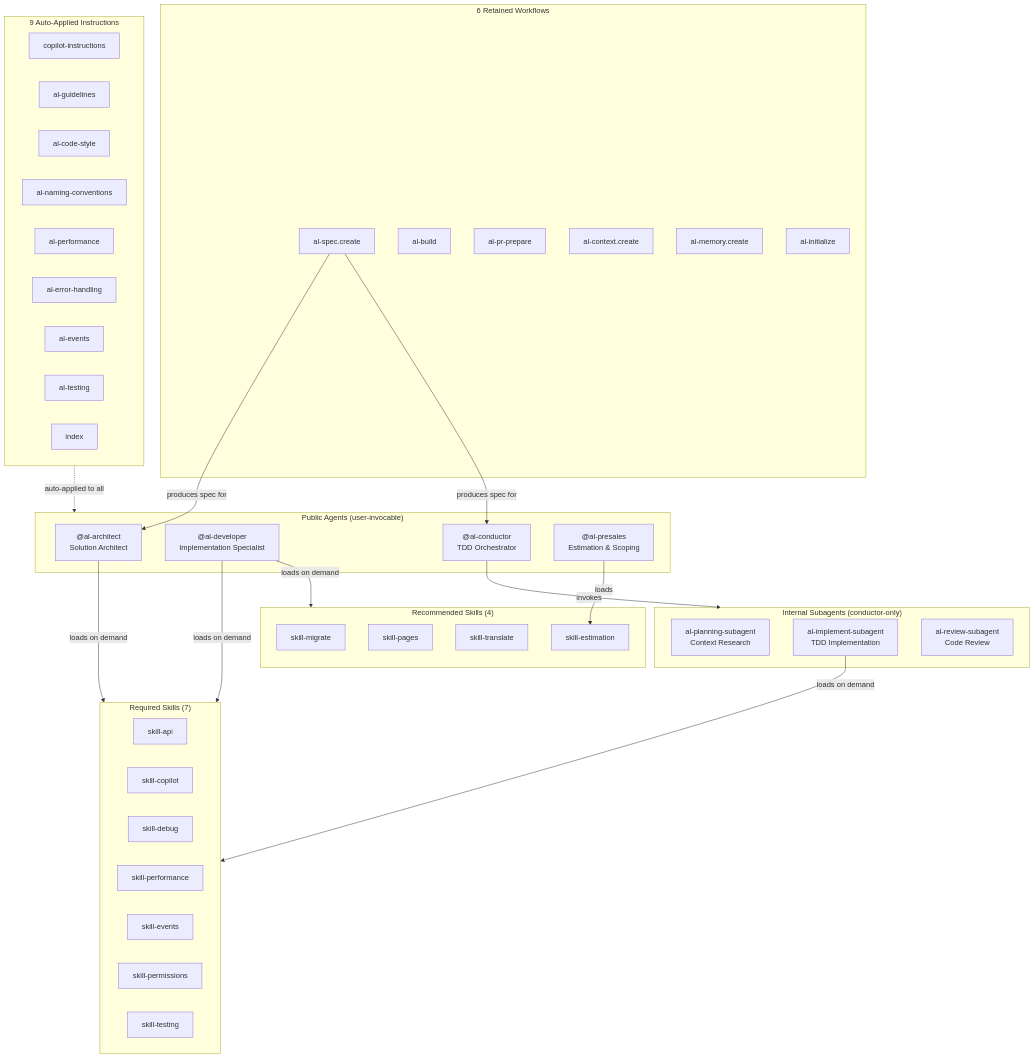
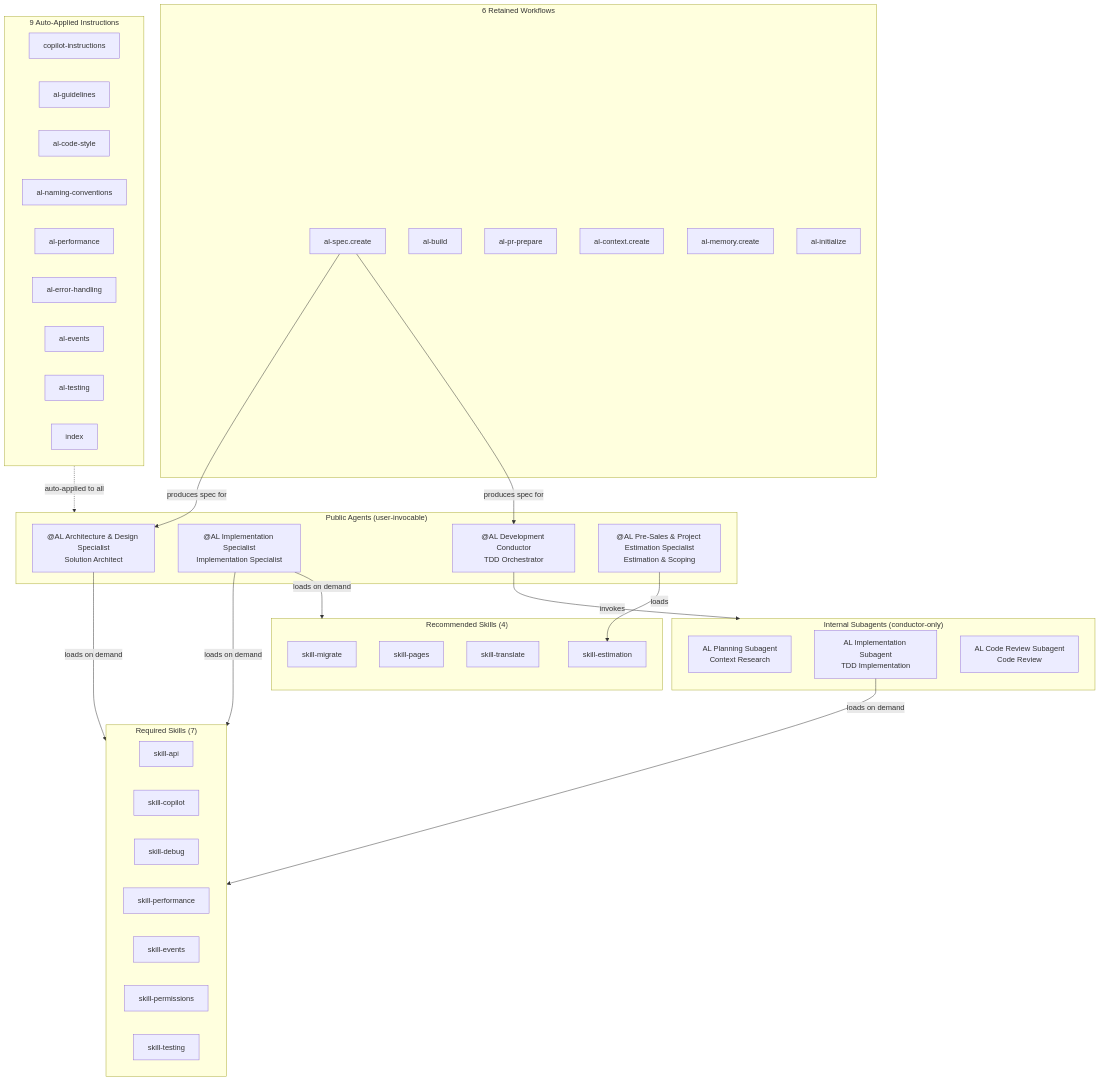
One commit to javiarmesto/ALDC-AL-Development-Collection changed the first of 4 diagrams in docs/framework/ALDC-Architecture-Diagrams.md. Above: the diagram before and after it, drawn with Mermaid. The commit also changed other lines of this file and 36 other files, not shown here.

````diff
--- a/docs/framework/ALDC-Architecture-Diagrams.md
+++ b/docs/framework/ALDC-Architecture-Diagrams.md
@@ -11,64 +11,64 @@
 ```mermaid
 graph TB
     subgraph PUBLIC["Public Agents (user-invocable)"]
-        ARCH["@al-architect\nSolution Architect"]
-        DEV["@al-developer\nImplementation Specialist"]
-        COND["@al-conductor\nTDD Orchestrator"]
-        PRE["@al-presales\nEstimation & Scoping"]
+        ARCH["@AL Architecture & Design Specialist\nSolution Architect"]
+        DEV["@AL Implementation Specialist\nImplementation Specialist"]
+        COND["@AL Development Conductor\nTDD Orchestrator"]
+        PRE["@AL Pre-Sales & Project Estimation Specialist\nEstimation & Scoping"]
     end
 
     subgraph INTERNAL["Internal Subagents (conductor-only)"]
-        PLAN["al-planning-subagent\nContext Research"]
-        IMPL["al-implement-subagent\nTDD Implementation"]
-        REV["al-review-subagent\nCode Review"]
+        PLAN["AL Planning Subagent\nContext Research"]
+        IMPL["AL Implementation Subagent\nTDD Implementation"]
+        REV["AL Code Review Subagent\nCode Review"]
     end
 
     subgraph SKILLS_REQ["Required Skills (7)"]
         SK1[skill-api]
         SK2[skill-copilot]
         SK3[skill-debug]
         SK4[skill-performance]
         SK5[skill-events]
         SK6[skill-permissions]
         SK7[skill-testing]
     end
 
     subgraph SKILLS_REC["Recommended Skills (4)"]
         SK8[skill-migrate]
         SK9[skill-pages]
         SK10[skill-translate]
         SK11[skill-estimation]
     end
 
     subgraph WORKFLOWS["6 Retained Workflows"]
         W1[al-spec.create]
         W2[al-build]
         W3[al-pr-prepare]
         W4[al-context.create]
         W5[al-memory.create]
         W6[al-initialize]
     end
 
     subgraph INSTRUCTIONS["9 Auto-Applied Instructions"]
         I1[copilot-instructions]
         I2[al-guidelines]
         I3[al-code-style]
         I4[al-naming-conventions]
         I5[al-performance]
         I6[al-error-handling]
         I7[al-events]
         I8[al-testing]
         I9[index]
     end
 
     ARCH -->|loads on demand| SKILLS_REQ
     DEV -->|loads on demand| SKILLS_REQ
     DEV -->|loads on demand| SKILLS_REC
     PRE -->|loads| SK11
     COND -->|invokes| INTERNAL
     IMPL -->|loads on demand| SKILLS_REQ
 
     W1 -->|produces spec for| ARCH
     W1 -->|produces spec for| COND
     INSTRUCTIONS -.->|auto-applied to all| PUBLIC
 ```
````
